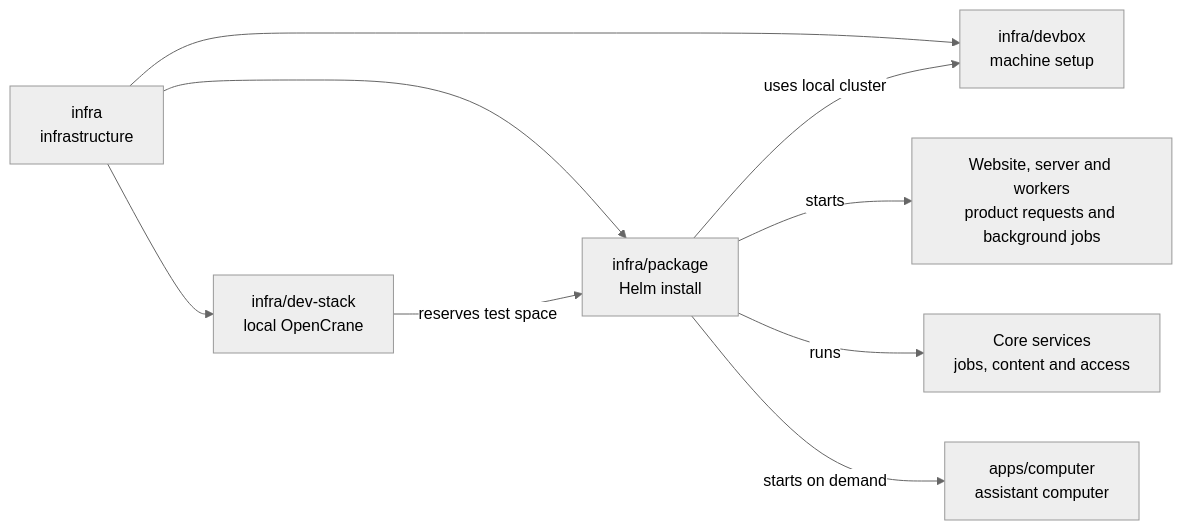
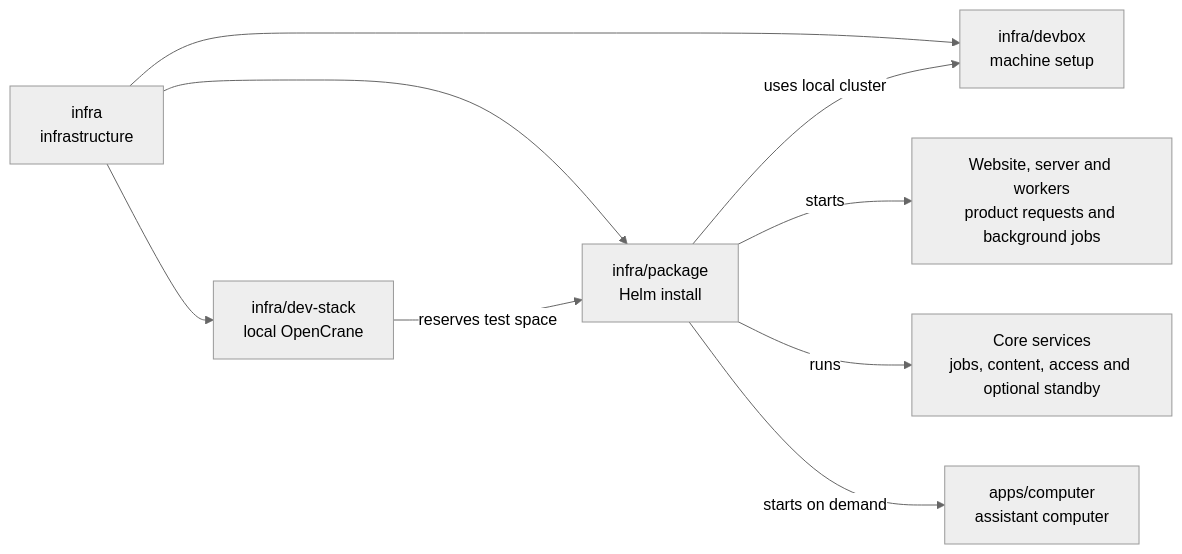
The diagram in infra/package/README.md (elewa-git/opencrane-new), drawn with Mermaid (neutral theme) before and after one commit. The commit also changed other lines of this file and 13 other files, not shown here.

Commit message:
🗄️ Render PostgreSQL with an optional checked standby

````diff
--- a/infra/package/README.md
+++ b/infra/package/README.md
@@ -18,11 +18,11 @@
 ```mermaid
 flowchart LR
   infra["infra<br/>infrastructure"] --> package["infra/package<br/>Helm install"]
   infra --> stack["infra/dev-stack<br/>local OpenCrane"]
   infra --> devbox["infra/devbox<br/>machine setup"]
   stack -->|reserves test space| package
   package -->|uses local cluster| devbox
   package -->|starts| apps["Website, server and workers<br/>product requests and background jobs"]
-  package -->|runs| services["Core services<br/>jobs, content and access"]
+  package -->|runs| services["Core services<br/>jobs, content, access and optional standby"]
   package -->|starts on demand| computer["apps/computer<br/>assistant computer"]
 ```
````
